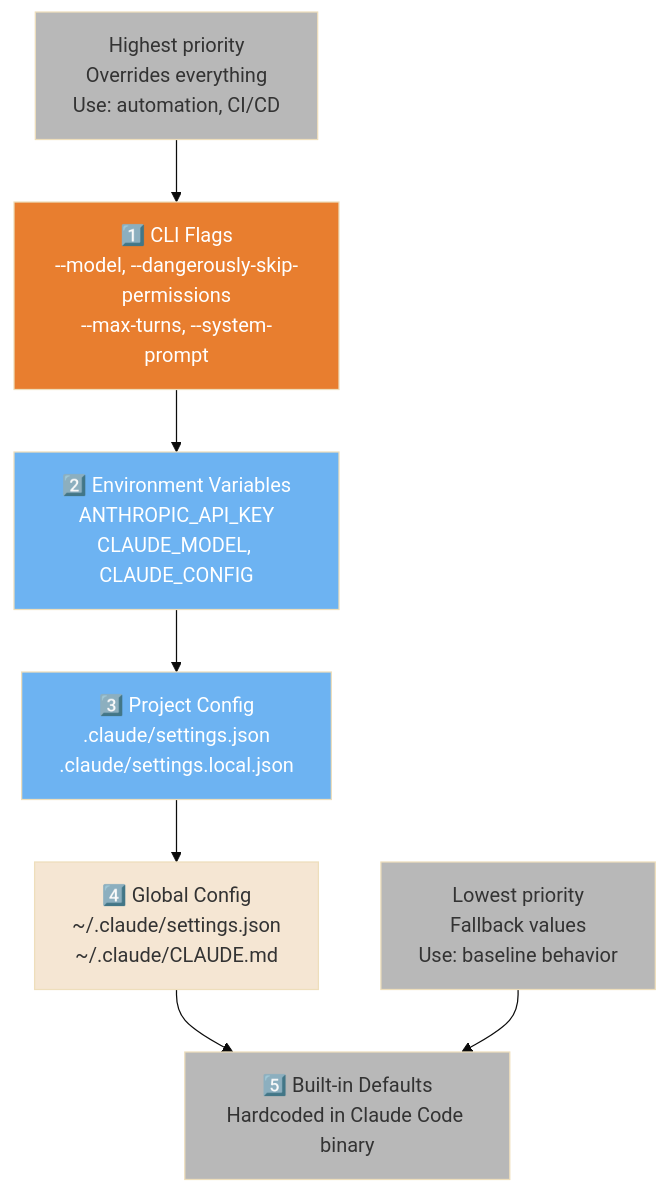
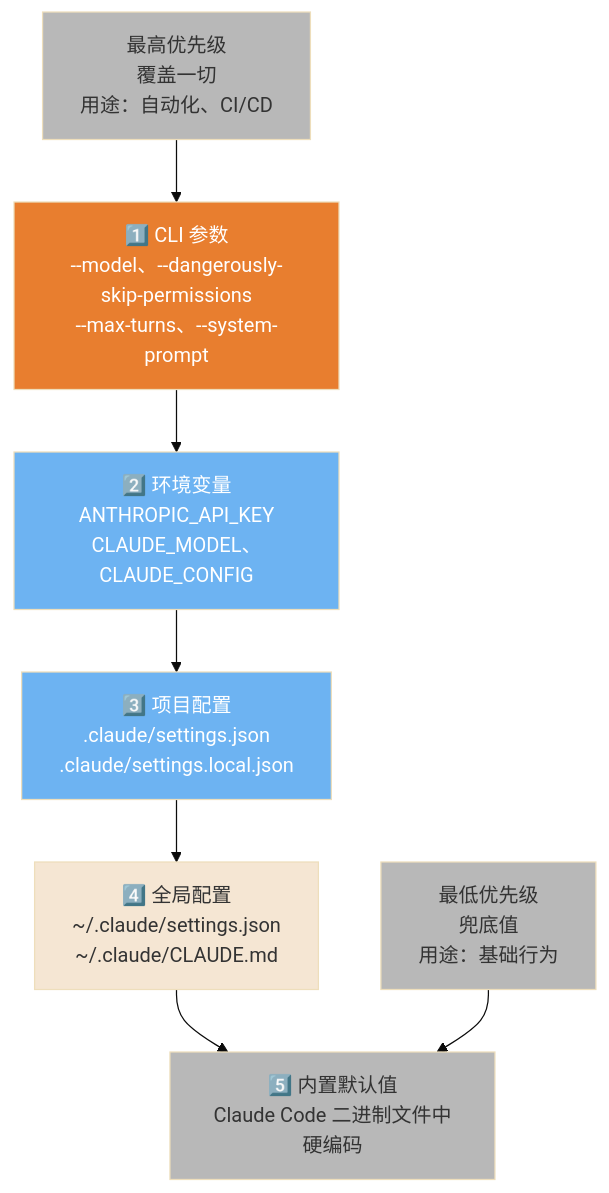
The first of 4 diagrams in claude-code/diagrams/03-configuration-system.md (lawrencewzen/aispark-wiki), drawn with Mermaid (base theme) before and after one commit. The commit also changed other lines of this file and 82 other files, not shown here.

First line of the commit message:
feat: 完成 claude-code/ 目录全量中文翻译

````diff
--- a/claude-code/diagrams/03-configuration-system.md
+++ b/claude-code/diagrams/03-configuration-system.md
@@ -19,26 +19,26 @@
 ```mermaid
 flowchart TD
-    A["1️⃣ CLI Flags<br/>--model, --dangerously-skip-permissions<br/>--max-turns, --system-prompt"] --> B["2️⃣ Environment Variables<br/>ANTHROPIC_API_KEY<br/>CLAUDE_MODEL, CLAUDE_CONFIG"]
-    B --> C["3️⃣ Project Config<br/>.claude/settings.json<br/>.claude/settings.local.json"]
-    C --> D["4️⃣ Global Config<br/>~/.claude/settings.json<br/>~/.claude/CLAUDE.md"]
-    D --> E["5️⃣ Built-in Defaults<br/>Hardcoded in Claude Code binary"]
+    A["1️⃣ CLI 参数<br/>--model、--dangerously-skip-permissions<br/>--max-turns、--system-prompt"] --> B["2️⃣ 环境变量<br/>ANTHROPIC_API_KEY<br/>CLAUDE_MODEL、CLAUDE_CONFIG"]
+    B --> C["3️⃣ 项目配置<br/>.claude/settings.json<br/>.claude/settings.local.json"]
+    C --> D["4️⃣ 全局配置<br/>~/.claude/settings.json<br/>~/.claude/CLAUDE.md"]
+    D --> E["5️⃣ 内置默认值<br/>Claude Code 二进制文件中硬编码"]
 
-    A1["Highest priority<br/>Overrides everything<br/>Use: automation, CI/CD"] --> A
-    E1["Lowest priority<br/>Fallback values<br/>Use: baseline behavior"] --> E
+    A1["最高优先级<br/>覆盖一切<br/>用途：自动化、CI/CD"] --> A
+    E1["最低优先级<br/>兜底值<br/>用途：基础行为"] --> E
 
     style A fill:#E87E2F,color:#fff
     style B fill:#6DB3F2,color:#fff
     style C fill:#6DB3F2,color:#fff
     style D fill:#F5E6D3,color:#333
     style E fill:#B8B8B8,color:#333
     style A1 fill:#B8B8B8,color:#333
     style E1 fill:#B8B8B8,color:#333
 
-    click A href "https://github.com/claude-code-ultimate-guide/claude-code-ultimate-guide/blob/main/guide/ultimate-guide.md#34-precedence-rules" "CLI Flags — highest priority"
-    click B href "https://github.com/claude-code-ultimate-guide/claude-code-ultimate-guide/blob/main/guide/ultimate-guide.md#33-settings--permissions" "Environment Variables"
-    click C href "https://github.com/claude-code-ultimate-guide/claude-code-ultimate-guide/blob/main/guide/ultimate-guide.md#33-settings--permissions" "Project Config"
-    click D href "https://github.com/claude-code-ultimate-guide/claude-code-ultimate-guide/blob/main/guide/ultimate-guide.md#31-memory-files-claudemd" "Global Config"
-    click E href "https://github.com/claude-code-ultimate-guide/claude-code-ultimate-guide/blob/main/guide/ultimate-guide.md#34-precedence-rules" "Built-in Defaults"
-    click A1 href "https://github.com/claude-code-ultimate-guide/claude-code-ultimate-guide/blob/main/guide/ultimate-guide.md#34-precedence-rules" "Highest priority"
-    click E1 href "https://github.com/claude-code-ultimate-guide/claude-code-ultimate-guide/blob/main/guide/ultimate-guide.md#34-precedence-rules" "Lowest priority"
+    click A href "https://github.com/claude-code-ultimate-guide/claude-code-ultimate-guide/blob/main/guide/ultimate-guide.md#34-precedence-rules" "CLI 参数 — 最高优先级"
+    click B href "https://github.com/claude-code-ultimate-guide/claude-code-ultimate-guide/blob/main/guide/ultimate-guide.md#33-settings--permissions" "环境变量"
+    click C href "https://github.com/claude-code-ultimate-guide/claude-code-ultimate-guide/blob/main/guide/ultimate-guide.md#33-settings--permissions" "项目配置"
+    click D href "https://github.com/claude-code-ultimate-guide/claude-code-ultimate-guide/blob/main/guide/ultimate-guide.md#31-memory-files-claudemd" "全局配置"
+    click E href "https://github.com/claude-code-ultimate-guide/claude-code-ultimate-guide/blob/main/guide/ultimate-guide.md#34-precedence-rules" "内置默认值"
+    click A1 href "https://github.com/claude-code-ultimate-guide/claude-code-ultimate-guide/blob/main/guide/ultimate-guide.md#34-precedence-rules" "最高优先级"
+    click E1 href "https://github.com/claude-code-ultimate-guide/claude-code-ultimate-guide/blob/main/guide/ultimate-guide.md#34-precedence-rules" "最低优先级"
 ```
````
